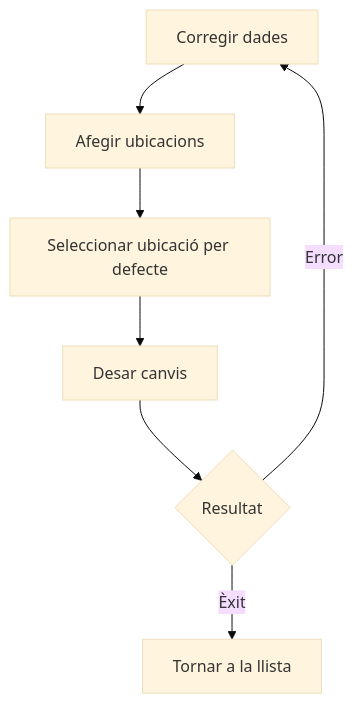
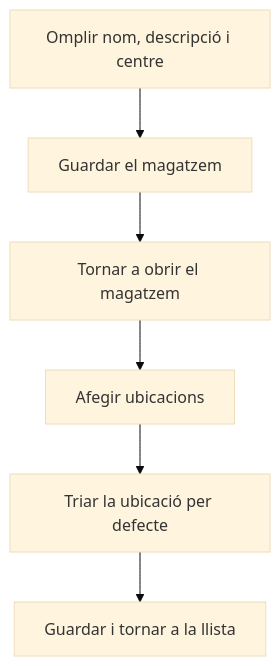
Before and after one commit to MGurtD/lilith: the diagram in frontend/src/help/ca/warehouse/warehouse/detail.md, drawn with Mermaid (base theme). The commit also changed other lines of this file and 331 other files, not shown here.

````diff
--- a/frontend/src/help/ca/warehouse/warehouse/detail.md
+++ b/frontend/src/help/ca/warehouse/warehouse/detail.md
@@ -35,9 +44,8 @@
 ```mermaid
 flowchart TD
-    A[Omplir dades del magatzem] --> B[Afegir ubicacions]
-    B --> C[Seleccionar ubicació per defecte]
-    C --> D[Desar canvis]
-    D --> E{Resultat}
-    E -->|Èxit| F[Tornar a la llista]
-    E -->|Error| A[Corregir dades]
+    A[Omplir nom, descripció i centre] --> B[Guardar el magatzem]
+    B --> C[Tornar a obrir el magatzem]
+    C --> D[Afegir ubicacions]
+    D --> E[Triar la ubicació per defecte]
+    E --> F[Guardar i tornar a la llista]
 ```
````
